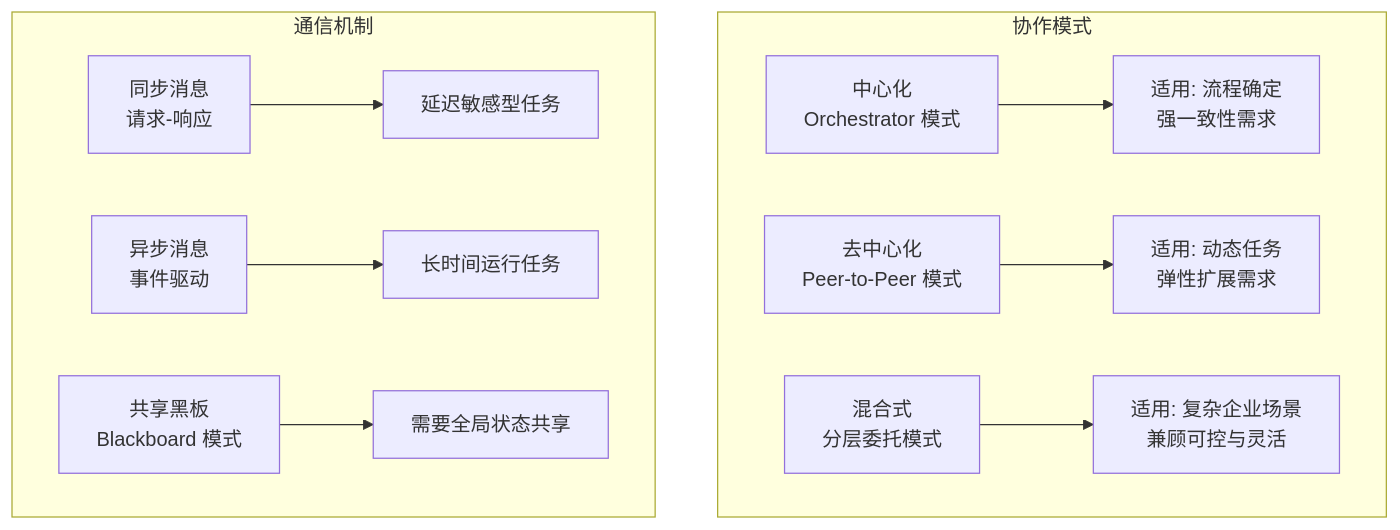
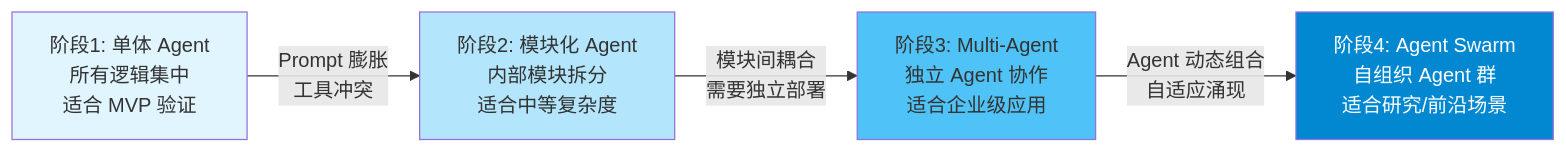
One commit to xiaoxiath/ai-agent-engineering changed the first of 7 diagrams in chapters/part-04-multi-agent/ch09-multi-agent-fundamentals.md. Above: the diagram before and after it, drawn with Mermaid. The commit also changed other lines of this file and 4 other files, not shown here.

````diff
--- a/chapters/part-04-multi-agent/ch09-multi-agent-fundamentals.md
+++ b/chapters/part-04-multi-agent/ch09-multi-agent-fundamentals.md
@@ -10,13 +88,11 @@
 ```mermaid
-flowchart TB
-    subgraph 协作模式
-        A[中心化<br/>Orchestrator 模式] --> D[适用: 流程确定<br/>强一致性需求]
-        B[去中心化<br/>Peer-to-Peer 模式] --> E[适用: 动态任务<br/>弹性扩展需求]
-        C[混合式<br/>分层委托模式] --> F[适用: 复杂企业场景<br/>兼顾可控与灵活]
-    end
-    subgraph 通信机制
-        G[同步消息<br/>请求-响应] --> J[延迟敏感型任务]
-        H[异步消息<br/>事件驱动] --> K[长时间运行任务]
-        I[共享黑板<br/>Blackboard 模式] --> L[需要全局状态共享]
-    end
+graph LR
+    A["阶段1: 单体 Agent<br/>所有逻辑集中<br/>适合 MVP 验证"] -->|"Prompt 膨胀<br/>工具冲突"| B["阶段2: 模块化 Agent<br/>内部模块拆分<br/>适合中等复杂度"]
+    B -->|"模块间耦合<br/>需要独立部署"| C["阶段3: Multi-Agent<br/>独立 Agent 协作<br/>适合企业级应用"]
+    C -->|"Agent 动态组合<br/>自适应涌现"| D["阶段4: Agent Swarm<br/>自组织 Agent 群<br/>适合研究/前沿场景"]
+
+    style A fill:#e1f5fe
+    style B fill:#b3e5fc
+    style C fill:#4fc3f7
+    style D fill:#0288d1,color:#fff
 ```
````
